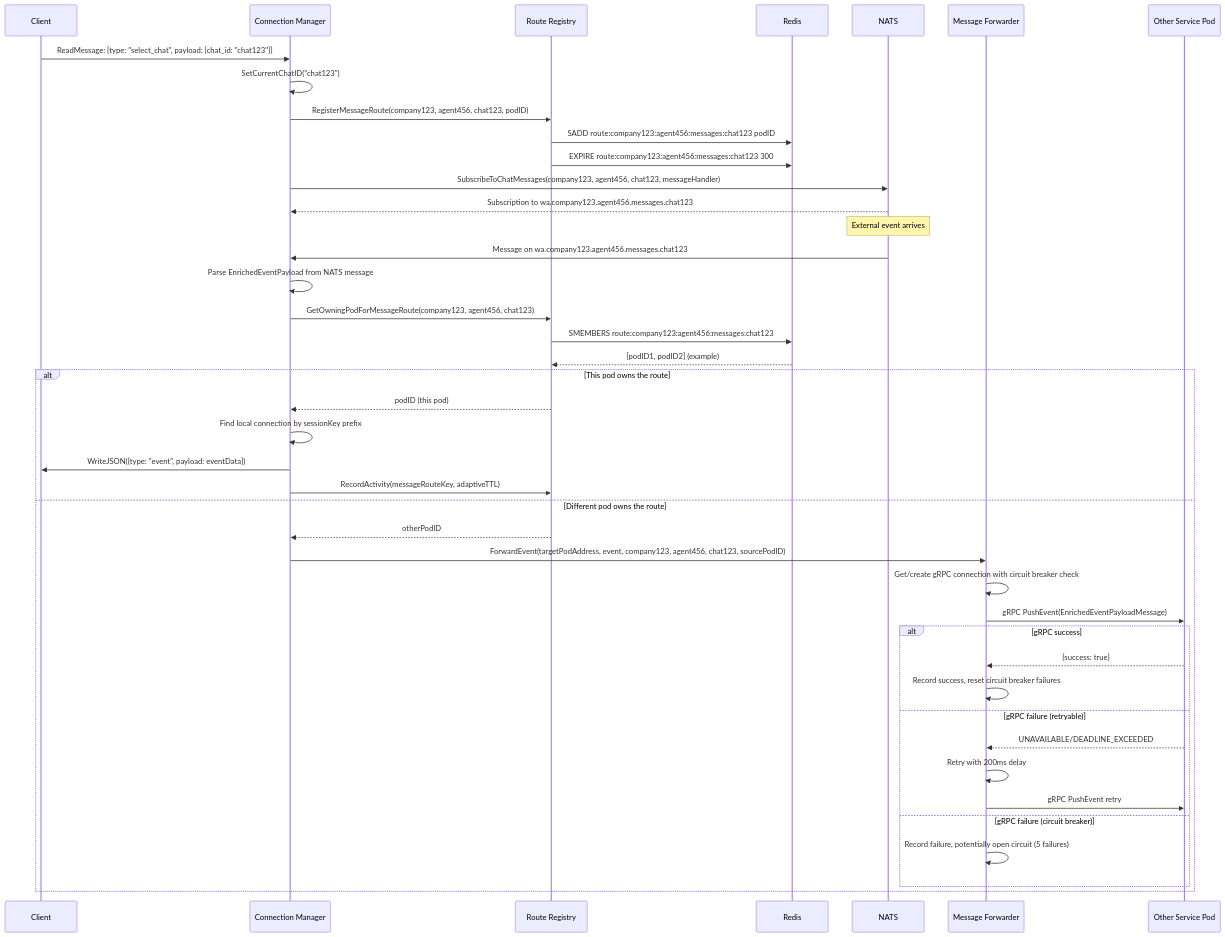
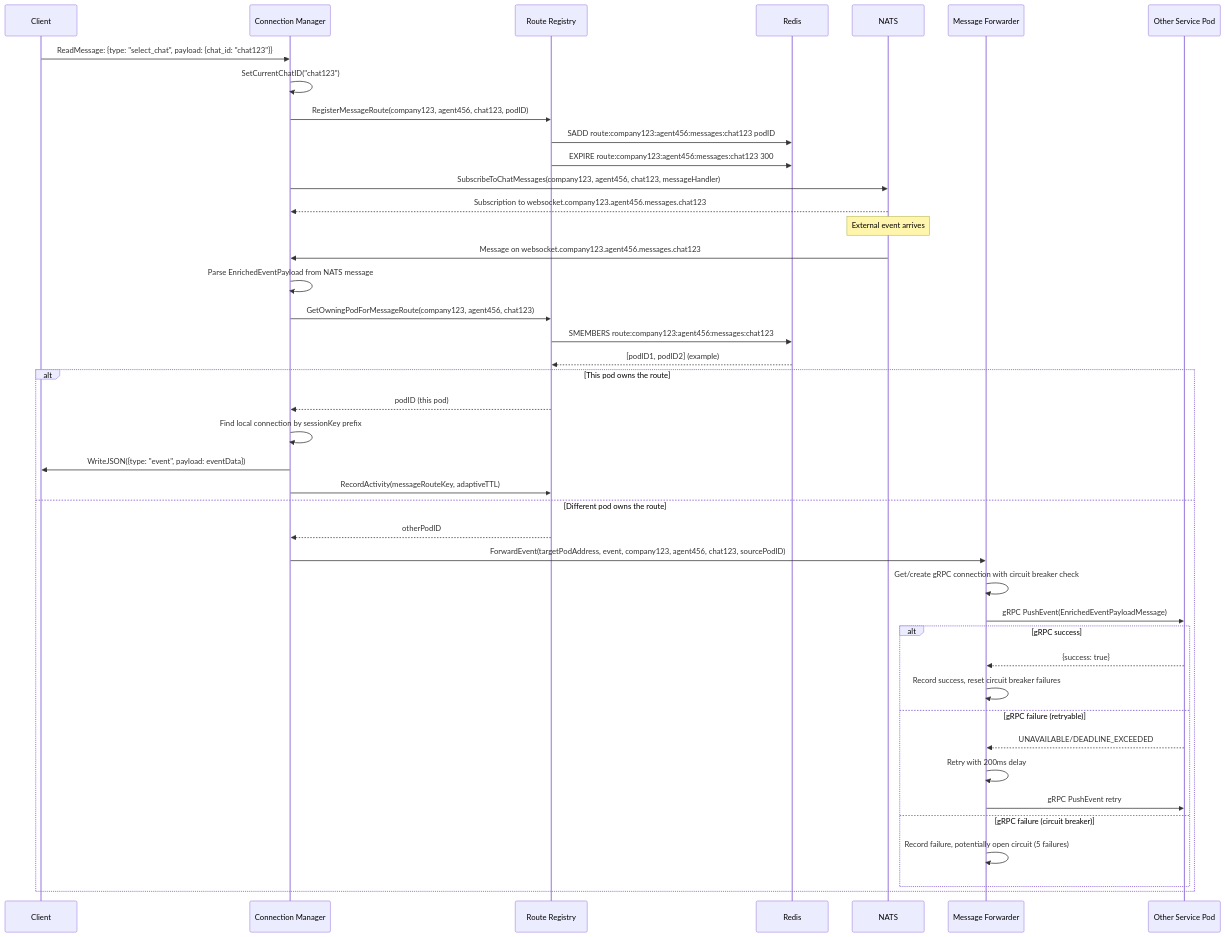
Before and after one commit to ridhomain/dws: the third of 5 diagrams in docs/system_architecture.md, drawn with Mermaid. The commit also changed other lines of this file and 11 other files, not shown here.

First line of the commit message:
refactor: implement global NATS consumer architecture

````diff
--- a/docs/system_architecture.md
+++ b/docs/system_architecture.md
@@ -250,52 +250,52 @@
 ```mermaid
 sequenceDiagram
     participant Client
     participant ConnMgr as Connection Manager
     participant RouteReg as Route Registry
     participant Redis
     participant NATS
     participant Forwarder as Message Forwarder
     participant OtherPod as Other Service Pod
 
     Client->>ConnMgr: ReadMessage: {type: "select_chat", payload: {chat_id: "chat123"}}
     ConnMgr->>ConnMgr: SetCurrentChatID("chat123")
     
     ConnMgr->>RouteReg: RegisterMessageRoute(company123, agent456, chat123, podID)
     RouteReg->>Redis: SADD route:company123:agent456:messages:chat123 podID
     RouteReg->>Redis: EXPIRE route:company123:agent456:messages:chat123 300
     
     ConnMgr->>NATS: SubscribeToChatMessages(company123, agent456, chat123, messageHandler)
-    NATS-->>ConnMgr: Subscription to wa.company123.agent456.messages.chat123
+    NATS-->>ConnMgr: Subscription to websocket.company123.agent456.messages.chat123
     
     Note over NATS: External event arrives
-    NATS->>ConnMgr: Message on wa.company123.agent456.messages.chat123
+    NATS->>ConnMgr: Message on websocket.company123.agent456.messages.chat123
     ConnMgr->>ConnMgr: Parse EnrichedEventPayload from NATS message
     
     ConnMgr->>RouteReg: GetOwningPodForMessageRoute(company123, agent456, chat123)
     RouteReg->>Redis: SMEMBERS route:company123:agent456:messages:chat123
     Redis-->>RouteReg: [podID1, podID2] (example)
     
     alt This pod owns the route
         RouteReg-->>ConnMgr: podID (this pod)
         ConnMgr->>ConnMgr: Find local connection by sessionKey prefix
         ConnMgr->>Client: WriteJSON({type: "event", payload: eventData})
         ConnMgr->>RouteReg: RecordActivity(messageRouteKey, adaptiveTTL)
     else Different pod owns the route
         RouteReg-->>ConnMgr: otherPodID
         ConnMgr->>Forwarder: ForwardEvent(targetPodAddress, event, company123, agent456, chat123, sourcePodID)
         
         Forwarder->>Forwarder: Get/create gRPC connection with circuit breaker check
         Forwarder->>OtherPod: gRPC PushEvent(EnrichedEventPayloadMessage)
         
         alt gRPC success
             OtherPod-->>Forwarder: {success: true}
             Forwarder->>Forwarder: Record success, reset circuit breaker failures
         else gRPC failure (retryable)
             OtherPod-->>Forwarder: UNAVAILABLE/DEADLINE_EXCEEDED
             Forwarder->>Forwarder: Retry with 200ms delay
             Forwarder->>OtherPod: gRPC PushEvent retry
         else gRPC failure (circuit breaker)
             Forwarder->>Forwarder: Record failure, potentially open circuit (5 failures)
         end
     end
 ```
````
